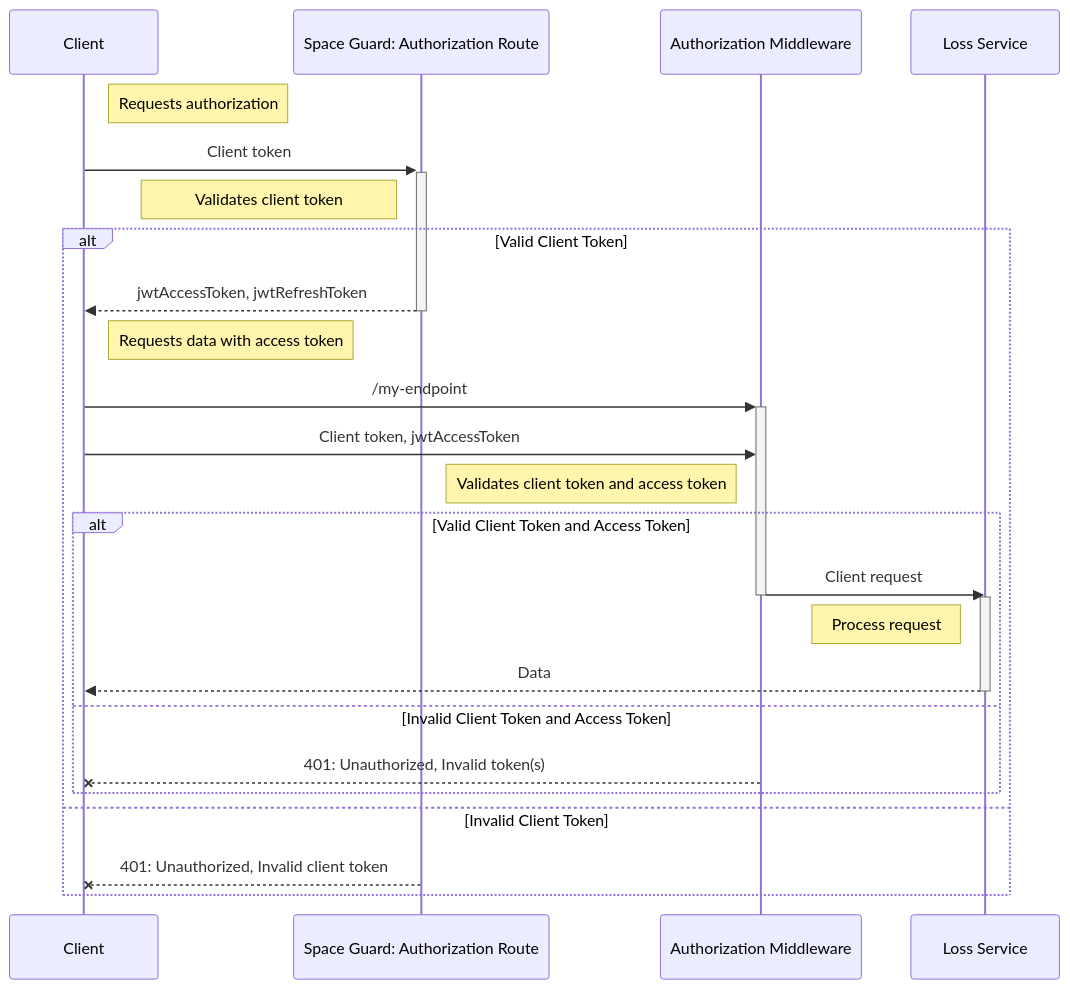
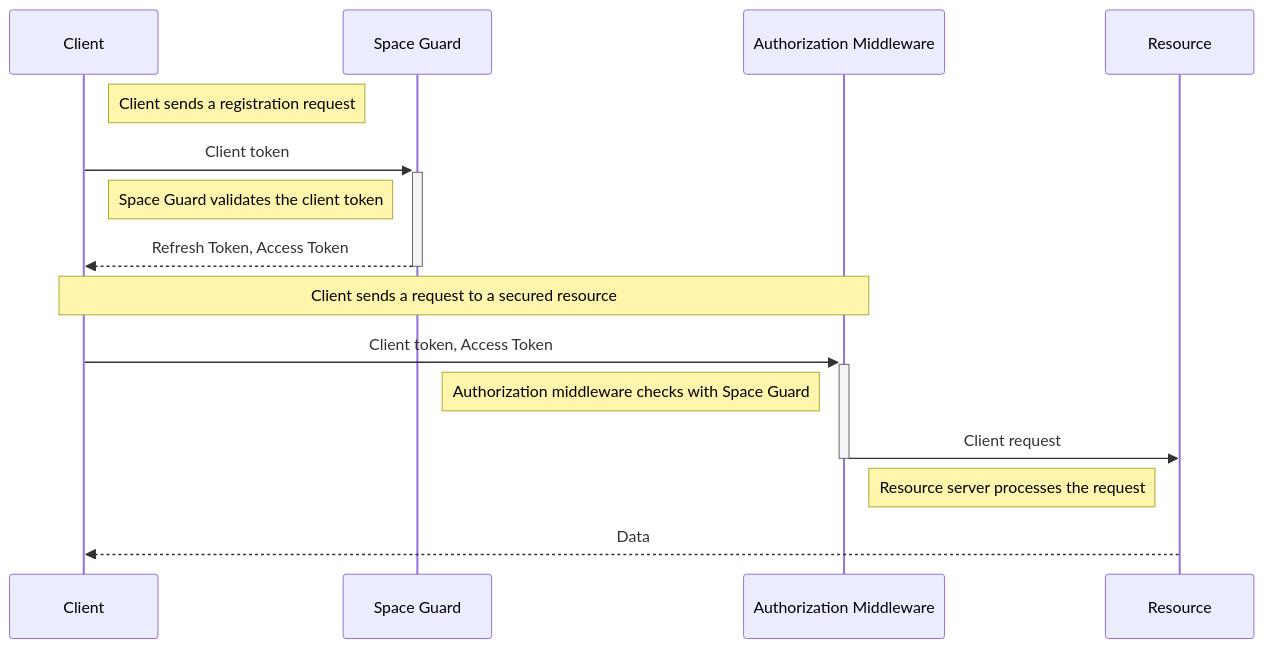
Before and after one commit to The-Glit-ch/Loopware-Online-Services-Server-Repository: the diagram in docs/web/space-guard-service/authorization-doc.md, drawn with Mermaid. The commit also changed other lines of this file and 9 other files, not shown here.

````diff
--- a/docs/web/space-guard-service/authorization-doc.md
+++ b/docs/web/space-guard-service/authorization-doc.md
@@ -14,29 +67,27 @@
 ```mermaid
 sequenceDiagram
 	participant client as Client
-	participant space_guard as Space Guard: Authorization Route
-	participant authorization_middleware as Authorization Middleware
-	participant private_service as Loss Service
+	participant space_guard as Space Guard
+	participant auth_middleware as Authorization Middleware
+	participant resource as Resource
 
-	Note right of client: Requests authorization
+	Note right of client: Client sends a registration request
+	
 	client ->>+ space_guard: Client token
-	Note left of space_guard: Validates client token
-	alt Valid Client Token
-		space_guard -->>- client: jwtAccessToken, jwtRefreshToken
-		Note right of client: Requests data with access token
-		client ->>+ authorization_middleware: /my-endpoint
-		client ->> authorization_middleware: Client token, jwtAccessToken
-		Note left of authorization_middleware: Validates client token and access token
-		alt Valid Client Token and Access Token
-			authorization_middleware ->>- private_service: Client request
-			activate private_service
-			Note left of private_service: Process request
-			private_service -->> client: Data
-			deactivate private_service
-		else Invalid Client Token and Access Token
-			authorization_middleware --x client: 401: Unauthorized, Invalid token(s)
-		end
-	else Invalid Client Token
-		space_guard --x client: 401: Unauthorized, Invalid client token
-	end
+	
+	Note left of space_guard: Space Guard validates the client token
+	
+	space_guard -->>- client: Refresh Token, Access Token
+	
+	Note over client, auth_middleware: Client sends a request to a secured resource
+	
+	client ->>+ auth_middleware: Client token, Access Token
+
+	Note left of auth_middleware: Authorization middleware checks with Space Guard
+
+	auth_middleware ->>- resource: Client request
+
+	Note left of resource: Resource server processes the request
+
+	resource -->> client: Data
 ```
````
